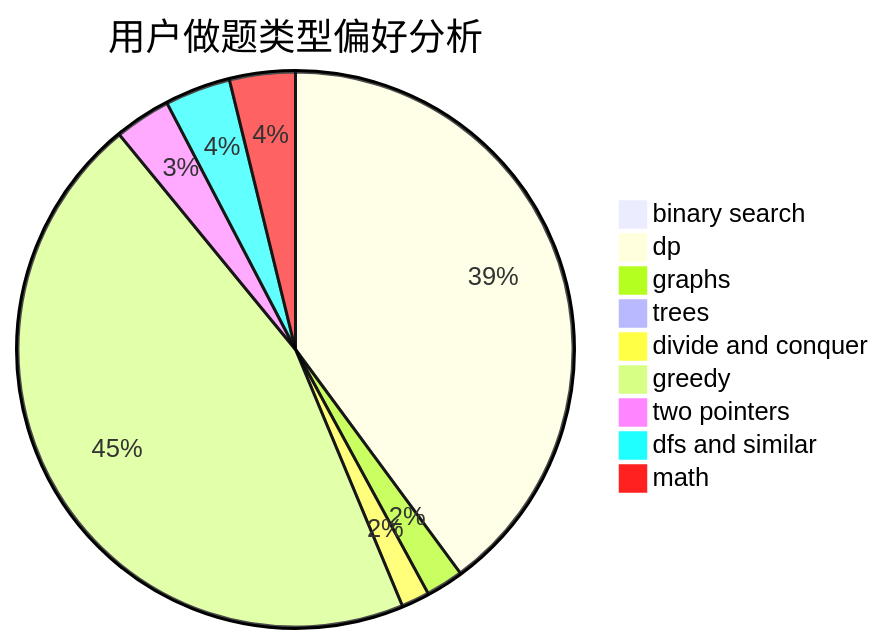
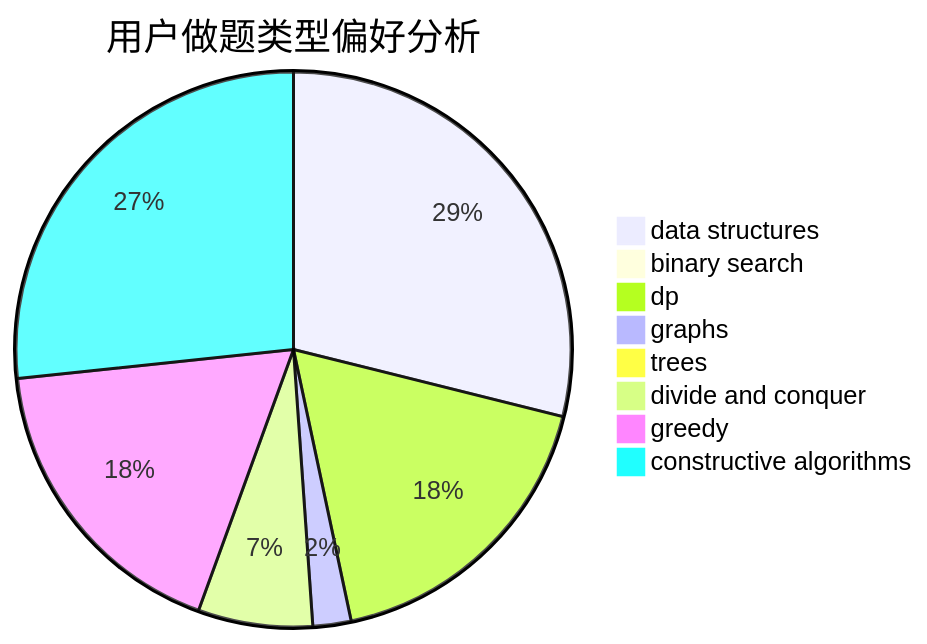
One commit to sherpahu/cfrs.github.io changed the second of 3 diagrams in docs/user/u1460.md. Above: the diagram before and after it, drawn with Mermaid. The commit also changed other lines of this file and 2775 other files, not shown here.

````diff
--- a/docs/user/u1460.md
+++ b/docs/user/u1460.md
@@ -23,12 +23,11 @@
 ```mermaid
 pie title 用户做题类型偏好分析
-    "binary search" :  1
-    "dp" :  73
-    "graphs" :  4
-    "trees" :  1
+    "data structures" :  13
+    "binary search" :  0
+    "dp" :  8
+    "graphs" :  1
+    "trees" :  0
     "divide and conquer" :  3
-    "greedy" :  83
-    "two pointers" :  6
-    "dfs and similar" :  7
-    "math" :  7
+    "greedy" :  8
+    "constructive algorithms" :  12
 ```
````
